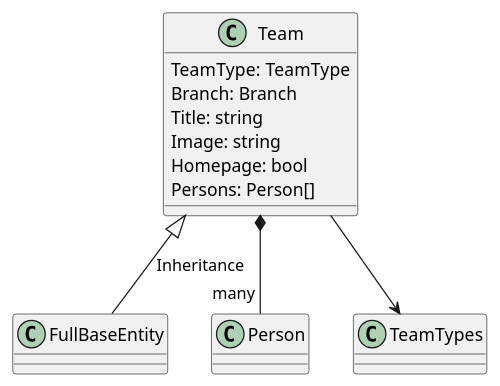
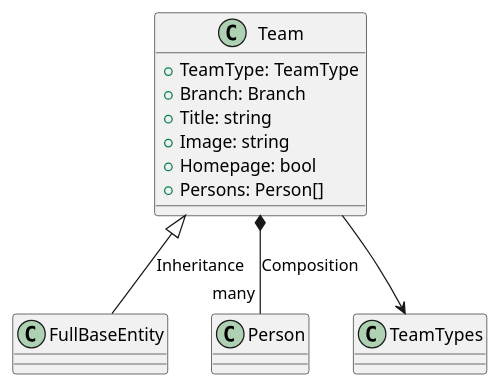
One commit to evrendev/sport-club changed the diagram in uml/Team/Team.puml. Above: the diagram before and after it, drawn with PlantUML. The commit also changed 27 other files, not shown here.

Commit message:
Resource file added for fixtures, updated uml class diagrams

```diff
--- a/uml/Team/Team.puml
+++ b/uml/Team/Team.puml
@@ -1,15 +1,16 @@
-@startuml Class Diagram
+@startuml Team Class Diagram
 
 class Team  {
-    TeamType: TeamType
-    Branch: Branch
-    Title: string
-    Image: string
-    Homepage: bool
-    Persons: Person[]
+    + TeamType: TeamType
+    + Branch: Branch
+    + Title: string
+    + Image: string
+    + Homepage: bool
+    + Persons: Person[]
 }
 
 Team <|-- FullBaseEntity: Inheritance
-Team *-- "many" Person
+Team *-- "many" Person: Composition
 Team --> TeamTypes
+
 @enduml
```
